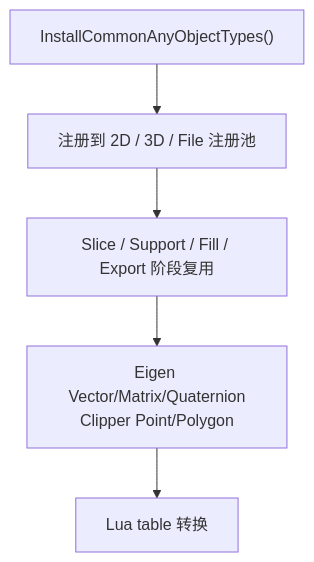
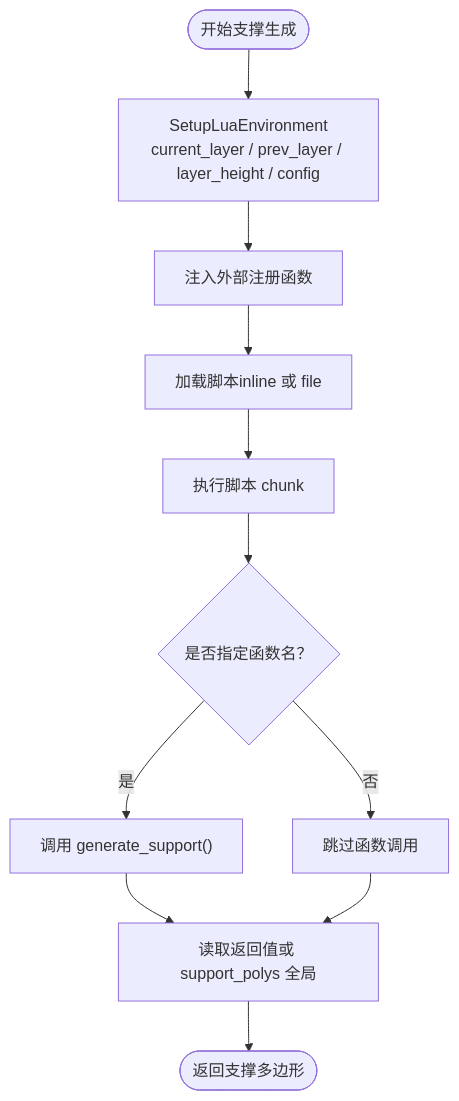
The seventh of 9 diagrams in .qoder/repowiki/zh/content/Lua 脚本系统/Lua 脚本系统.md (hsmbanlance/HsBaSlicer), drawn with Mermaid before and after one commit. The commit also changed other lines of this file and 1095 other files, not shown here.

````diff
--- a/.qoder/repowiki/zh/content/Lua 脚本系统/Lua 脚本系统.md
+++ b/.qoder/repowiki/zh/content/Lua 脚本系统/Lua 脚本系统.md
@@ -220,7 +344,13 @@
 ```mermaid
 flowchart TD
-Register["InstallCommonAnyObjectTypes()"] --> Pools["注册到 2D / 3D / File 注册池"]
-Pools --> Stages["Slice / Support / Fill / Export 阶段复用"]
-Stages --> Types["Eigen Vector/Matrix/Quaternion<br/>Clipper Point/Polygon"]
-Types --> LuaTable["Lua table 转换"]
+Start(["开始支撑生成"]) --> Env["SetupLuaEnvironment<br/>current_layer / prev_layer / layer_height / config"]
+Env --> ExtRegs["注入外部注册函数"]
+ExtRegs --> Load["加载脚本inline 或 file"]
+Load --> Exec["执行脚本 chunk"]
+Exec --> CallFn{"是否指定函数名？"}
+CallFn --> |是| Invoke["调用 generate_support()"]
+CallFn --> |否| Skip["跳过函数调用"]
+Invoke --> Result["读取返回值或 support_polys 全局"]
+Skip --> Result
+Result --> End(["返回支撑多边形"])
 ```
````
